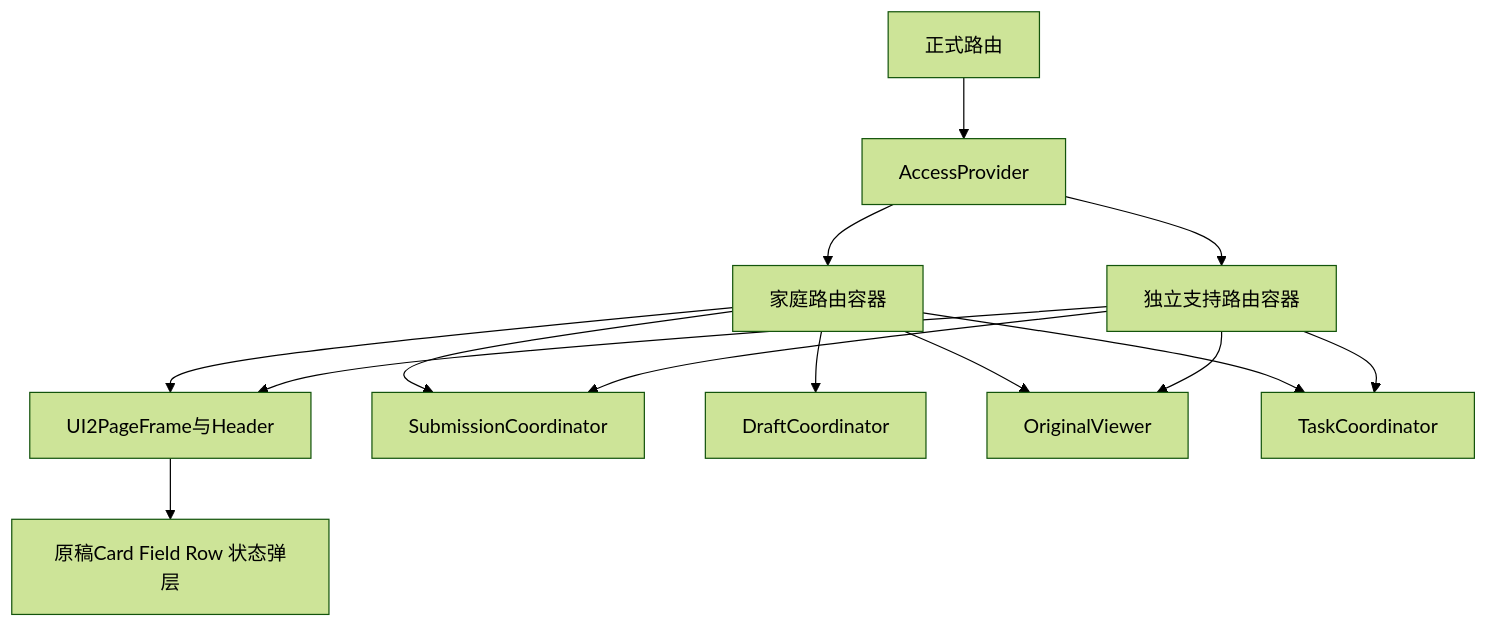
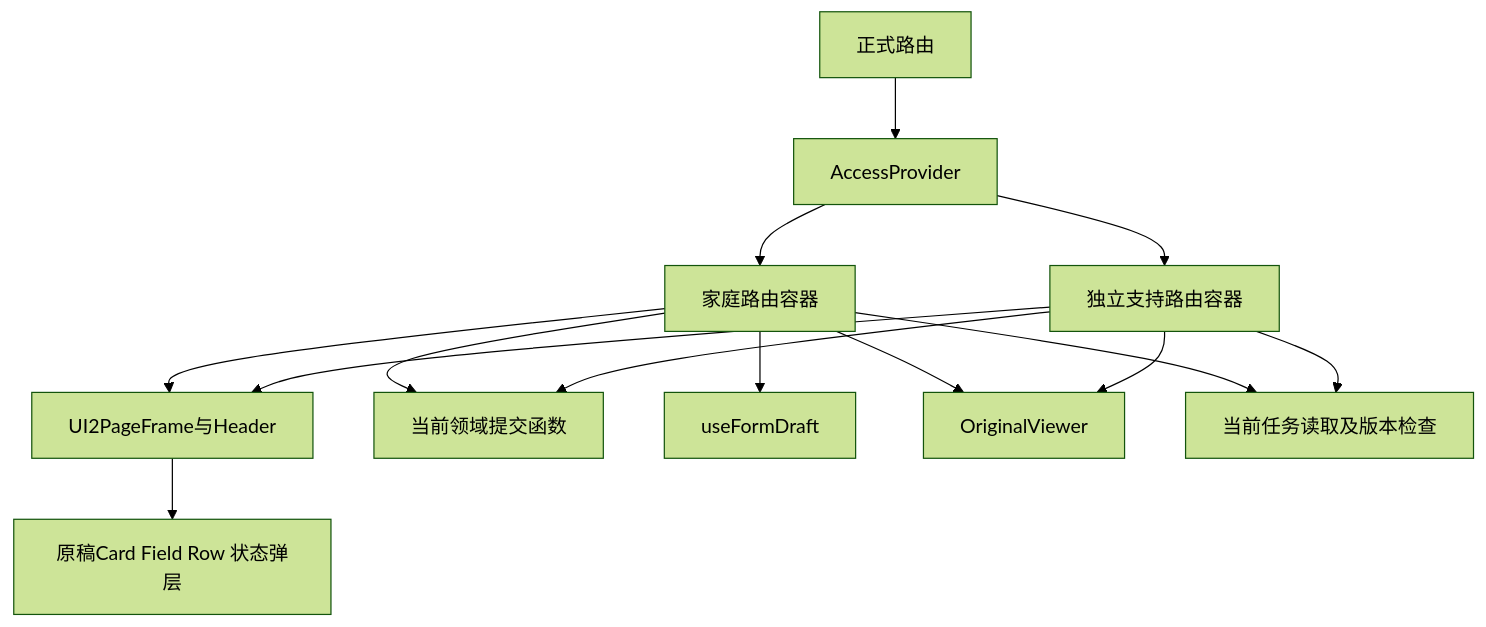
The diagram in frontend-design/v2-interaction.md (LIUgongxi2046/sjia), drawn with Mermaid (forest theme) before and after one commit. The commit also changed other lines of this file and 9 other files, not shown here.

````diff
--- a/frontend-design/v2-interaction.md
+++ b/frontend-design/v2-interaction.md
@@ -55,16 +57,16 @@
 ```mermaid
 graph TD
   Router[正式路由] --> Access[AccessProvider]
   Access --> Family[家庭路由容器]
   Access --> Support[独立支持路由容器]
   Family --> Frame[UI2PageFrame与Header]
   Support --> Frame
   Frame --> Present[原稿Card Field Row 状态弹层]
-  Family --> Submission[SubmissionCoordinator]
-  Family --> Draft[DraftCoordinator]
+  Family --> Submission[当前领域提交函数]
+  Family --> Draft[useFormDraft]
   Family --> Original[OriginalViewer]
-  Family --> Task[TaskCoordinator]
+  Family --> Task[当前任务读取及版本检查]
   Support --> Submission
   Support --> Original
   Support --> Task
 ```
````
